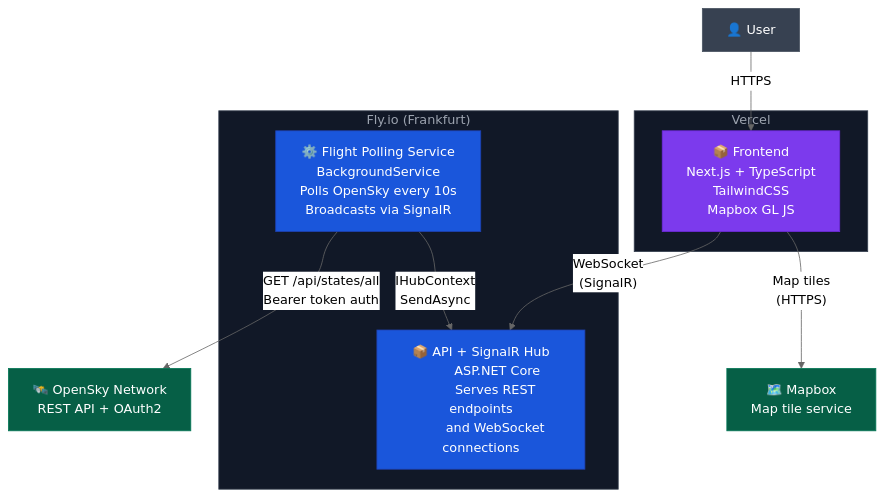
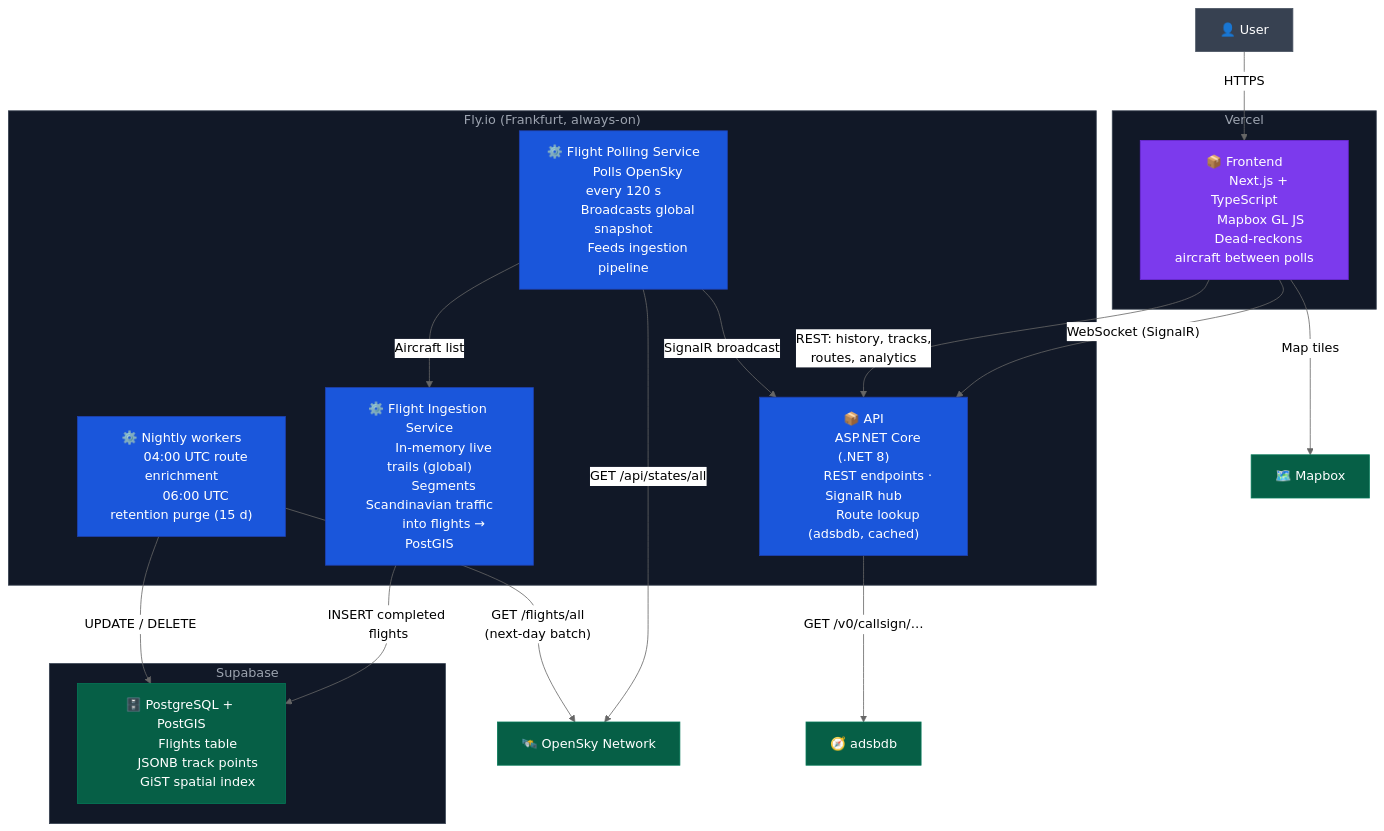
Before and after one commit to Anesiadis-Th/altusiq: the diagram in docs/c4-container.md, drawn with Mermaid (neutral theme). The commit also changed other lines of this file and 12 other files, not shown here.

````diff
--- a/docs/c4-container.md
+++ b/docs/c4-container.md
@@ -5,48 +7,71 @@
 ```mermaid
 graph TB
     User["👤 User"]
 
     subgraph Vercel["Vercel"]
         Frontend["📦 Frontend
         Next.js + TypeScript
-        TailwindCSS
-        Mapbox GL JS"]
+        Mapbox GL JS
+        Dead-reckons aircraft between polls"]
     end
 
-    subgraph FlyIo["Fly.io (Frankfurt)"]
-        API["📦 API + SignalR Hub
-        ASP.NET Core
-        Serves REST endpoints
-        and WebSocket connections"]
+    subgraph FlyIo["Fly.io (Frankfurt, always-on)"]
+        API["📦 API
+        ASP.NET Core (.NET 8)
+        REST endpoints · SignalR hub
+        Route lookup (adsbdb, cached)"]
 
         Poller["⚙️ Flight Polling Service
-        BackgroundService
-        Polls OpenSky every 10s
-        Broadcasts via SignalR"]
+        Polls OpenSky every 120 s
+        Broadcasts global snapshot
+        Feeds ingestion pipeline"]
+
+        Ingestion["⚙️ Flight Ingestion Service
+        In-memory live trails (global)
+        Segments Scandinavian traffic
+        into flights → PostGIS"]
+
+        Workers["⚙️ Nightly workers
+        04:00 UTC route enrichment
+        06:00 UTC retention purge (15 d)"]
     end
 
-    OpenSky["🛰️ OpenSky Network
-    REST API + OAuth2"]
+    subgraph Supabase["Supabase"]
+        Postgres["🗄️ PostgreSQL + PostGIS
+        Flights table
+        JSONB track points
+        GiST spatial index"]
+    end
 
-    Mapbox["🗺️ Mapbox
-    Map tile service"]
+    OpenSky["🛰️ OpenSky Network"]
+    Adsbdb["🧭 adsbdb"]
+    Mapbox["🗺️ Mapbox"]
 
     User -->|"HTTPS"| Frontend
-    Frontend -->|"WebSocket
-    (SignalR)"| API
-    Frontend -->|"Map tiles
-    (HTTPS)"| Mapbox
-    Poller -->|"GET /api/states/all
-    Bearer token auth"| OpenSky
-    Poller -->|"IHubContext
-    SendAsync"| API
+    Frontend -->|"WebSocket (SignalR)"| API
+    Frontend -->|"REST: history, tracks,
+    routes, analytics"| API
+    Frontend -->|"Map tiles"| Mapbox
+    Poller -->|"GET /api/states/all"| OpenSky
+    Poller -->|"SignalR broadcast"| API
+    Poller -->|"Aircraft list"| Ingestion
+    Ingestion -->|"INSERT completed flights"| Postgres
+    Workers -->|"GET /flights/all
+    (next-day batch)"| OpenSky
+    Workers -->|"UPDATE / DELETE"| Postgres
+    API -->|"GET /v0/callsign/…"| Adsbdb
 
     style Frontend fill:#7c3aed,stroke:#6d28d9,color:#fff
     style API fill:#1a56db,stroke:#1e40af,color:#fff
     style Poller fill:#1a56db,stroke:#1e40af,color:#fff
+    style Ingestion fill:#1a56db,stroke:#1e40af,color:#fff
+    style Workers fill:#1a56db,stroke:#1e40af,color:#fff
+    style Postgres fill:#065f46,stroke:#047857,color:#fff
     style User fill:#374151,stroke:#4b5563,color:#fff
     style OpenSky fill:#065f46,stroke:#047857,color:#fff
+    style Adsbdb fill:#065f46,stroke:#047857,color:#fff
     style Mapbox fill:#065f46,stroke:#047857,color:#fff
     style Vercel fill:#111827,stroke:#374151,color:#9ca3af
     style FlyIo fill:#111827,stroke:#374151,color:#9ca3af
+    style Supabase fill:#111827,stroke:#374151,color:#9ca3af
 ```
````
